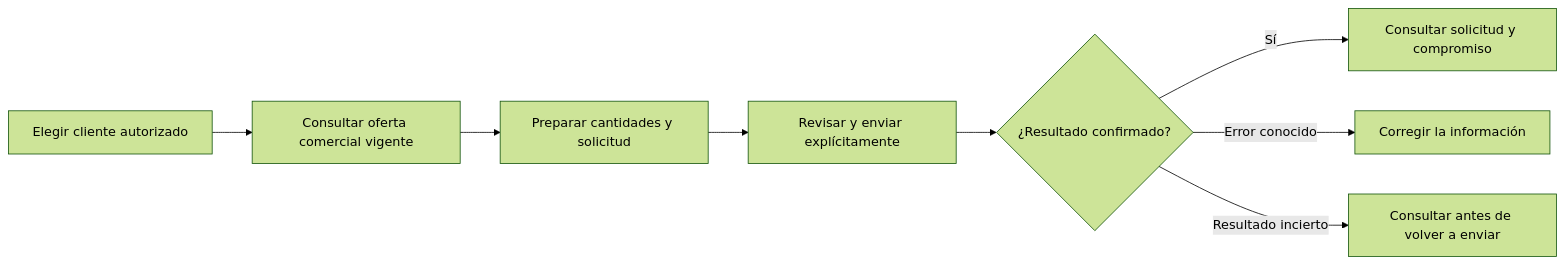
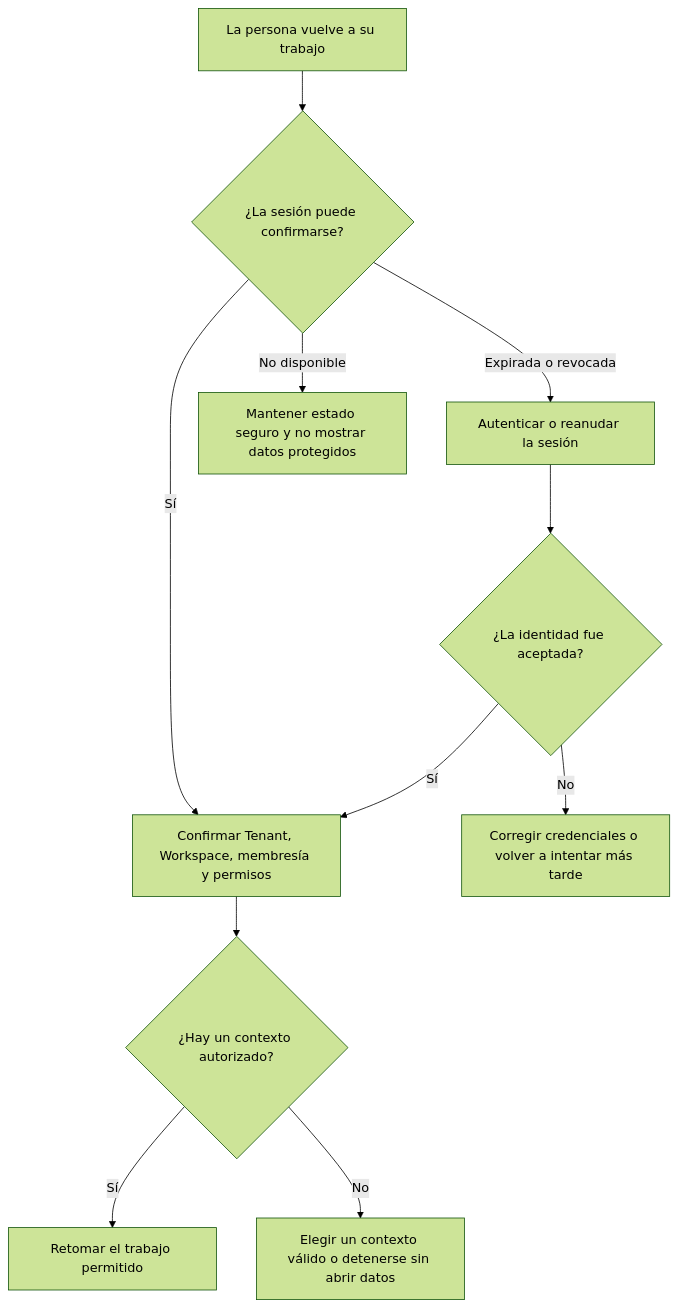
One commit to nexa-suite/mobile-report changed the first of 5 diagrams in report/03-solution-ui-ux-design/3.1-product-design/3.1.4-mobile-applications-ux-ui-design/3.1.4.4-mobile-application-user-flows.md. Above: the diagram before and after it, drawn with Mermaid (forest theme). The commit also changed other lines of this file, not shown here.

Commit message:
docs(ch3): clarify user flows and recovery paths

````diff
--- a/report/03-solution-ui-ux-design/3.1-product-design/3.1.4-mobile-applications-ux-ui-design/3.1.4.4-mobile-application-user-flows.md
+++ b/report/03-solution-ui-ux-design/3.1-product-design/3.1.4-mobile-applications-ux-ui-design/3.1.4.4-mobile-application-user-flows.md
@@ -74,10 +26,13 @@
-```mermaid
-flowchart LR
-  A["Elegir cliente autorizado"] --> B["Consultar oferta comercial vigente"]
-  B --> C["Preparar cantidades y solicitud"]
-  C --> D["Revisar y enviar explícitamente"]
-  D --> E{"¿Resultado confirmado?"}
-  E -->|"Sí"| F["Consultar solicitud y compromiso"]
-  E -->|"Error conocido"| G["Corregir la información"]
-  E -->|"Resultado incierto"| H["Consultar antes de volver a enviar"]
-```
+~~~mermaid
+flowchart TB
+  A["La persona vuelve a su trabajo"] --> B{"¿La sesión puede confirmarse?"}
+  B -->|"Sí"| C["Confirmar Tenant, Workspace, membresía y permisos"]
+  B -->|"Expirada o revocada"| D["Autenticar o reanudar la sesión"]
+  B -->|"No disponible"| E["Mantener estado seguro y no mostrar datos protegidos"]
+  D --> F{"¿La identidad fue aceptada?"}
+  F -->|"Sí"| C
+  F -->|"No"| G["Corregir credenciales o volver a intentar más tarde"]
+  C --> H{"¿Hay un contexto autorizado?"}
+  H -->|"Sí"| I["Retomar el trabajo permitido"]
+  H -->|"No"| J["Elegir un contexto válido o detenerse sin abrir datos"]
+~~~
````
